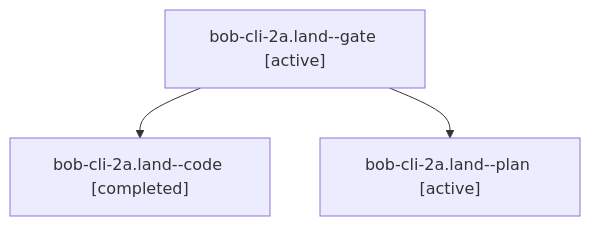
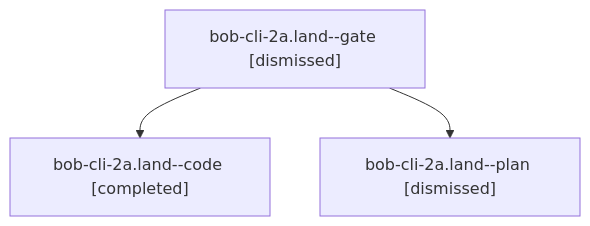
Before and after one commit to bobs-org/bob-cli--agents: the diagram in sessions/bbugyi200.apollo.bob-cli-2a.land.md, drawn with Mermaid. The commit also changed other lines of this file and 83 other files, not shown here.

````diff
--- a/sessions/bbugyi200.apollo.bob-cli-2a.land.md
+++ b/sessions/bbugyi200.apollo.bob-cli-2a.land.md
@@ -9,8 +9,8 @@
 ```mermaid
 flowchart TD
-  n0["bob-cli-2a.land--gate [active]"]
+  n0["bob-cli-2a.land--gate [dismissed]"]
   n1["bob-cli-2a.land--code [completed]"]
   n0 --> n1
-  n2["bob-cli-2a.land--plan [active]"]
+  n2["bob-cli-2a.land--plan [dismissed]"]
   n0 --> n2
 ```
````
